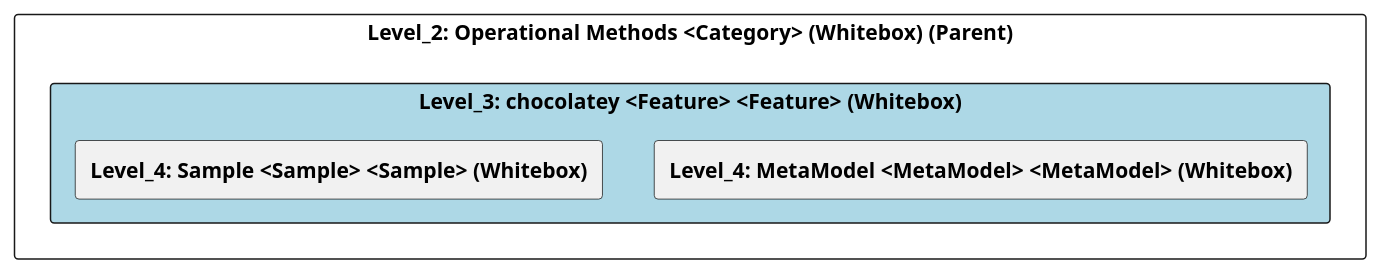
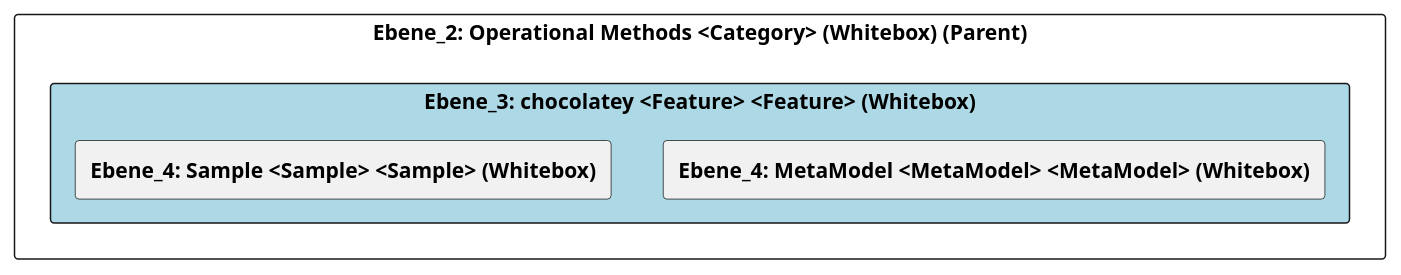
One commit to marcozwyssig/cleon changed the diagram in doc/cleonproject_deliverables_architecture_model_architecture/adoc/de/05_bausteinsicht/cleon/operational_methods/chocolatey/ebene_3_chocolatey.adoc. Above: the diagram before and after it, drawn with PlantUML. The commit also changed other lines of this file and 258 other files, not shown here.

```diff
--- a/doc/cleonproject_deliverables_architecture_model_architecture/adoc/de/05_bausteinsicht/cleon/operational_methods/chocolatey/ebene_3_chocolatey.adoc
+++ b/doc/cleonproject_deliverables_architecture_model_architecture/adoc/de/05_bausteinsicht/cleon/operational_methods/chocolatey/ebene_3_chocolatey.adoc
@@ -24,25 +24,25 @@
-[plantuml, Level_3: chocolatey <Feature> <Feature> (Whitebox)BlockOverview, format="svg"]
+[plantuml, Ebene_3: chocolatey <Feature> <Feature> (Whitebox)BlockOverview, format="svg"]
 ----
-@startuml Level_3: chocolatey <Feature> <Feature> (Whitebox)BuildingBlockOverview
+@startuml Ebene_3: chocolatey <Feature> <Feature> (Whitebox)BuildingBlockOverview
 
 skinparam ranksep 10
 skinparam componentStyle rectangle
 skinparam shadowing false
 skinparam arrowColor lightblue
 skinparam arrowThickness 1.2
 skinparam rectangle {
   BackgroundColor White
   BorderColor #333
   RoundCorner 10
 }
 top to bottom direction
 
-component "Level_2: Operational Methods <Category> (Whitebox) (Parent)" {
-    component "Level_3: chocolatey <Feature> <Feature> (Whitebox)" #lightblue {
-        [**Level_4: MetaModel <MetaModel> <MetaModel> (Whitebox)**] as 4A570576_D579_11EE_903E_9F564E4DE07E
-        [**Level_4: Sample <Sample> <Sample> (Whitebox)**] as 4A56DE3C_D579_11EE_903E_9F564E4DE07E
+component "Ebene_2: Operational Methods <Category> (Whitebox) (Parent)" {
+    component "Ebene_3: chocolatey <Feature> <Feature> (Whitebox)" #lightblue {
+        [**Ebene_4: MetaModel <MetaModel> <MetaModel> (Whitebox)**] as 4A570576_D579_11EE_903E_9F564E4DE07E
+        [**Ebene_4: Sample <Sample> <Sample> (Whitebox)**] as 4A56DE3C_D579_11EE_903E_9F564E4DE07E
     }
 }
 
 @enduml
 ----
```
